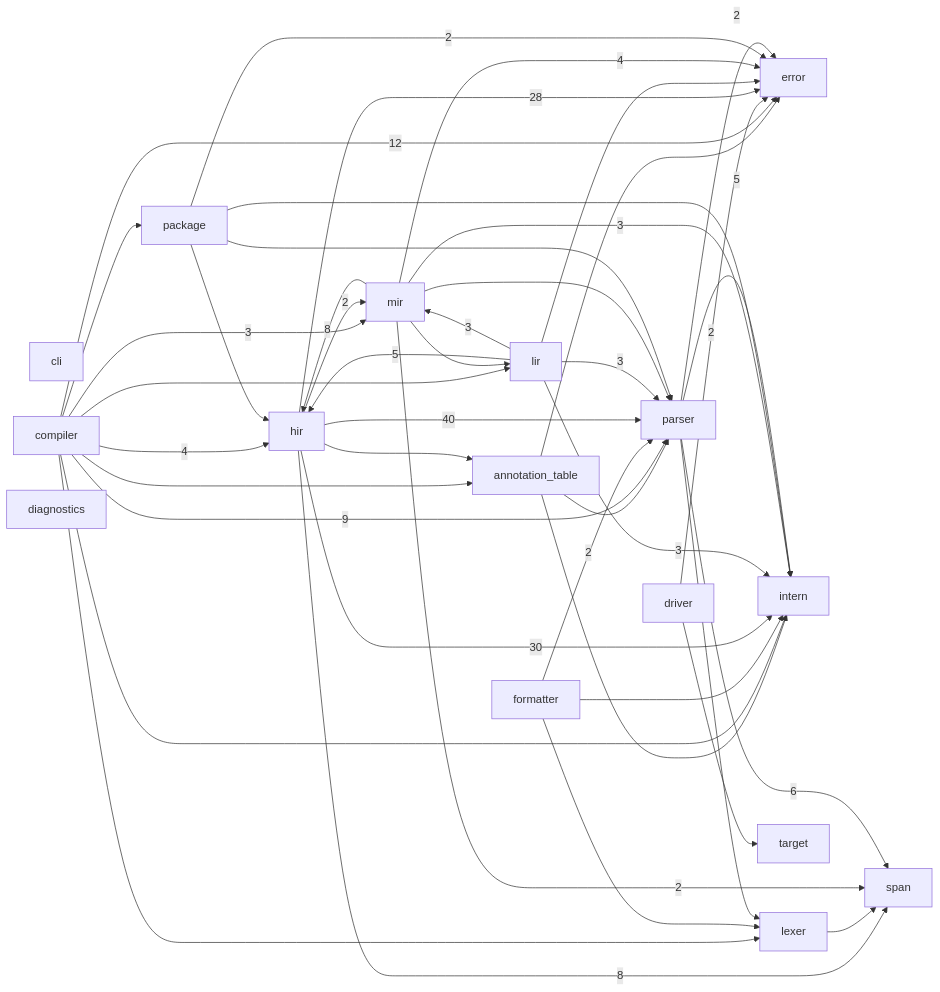
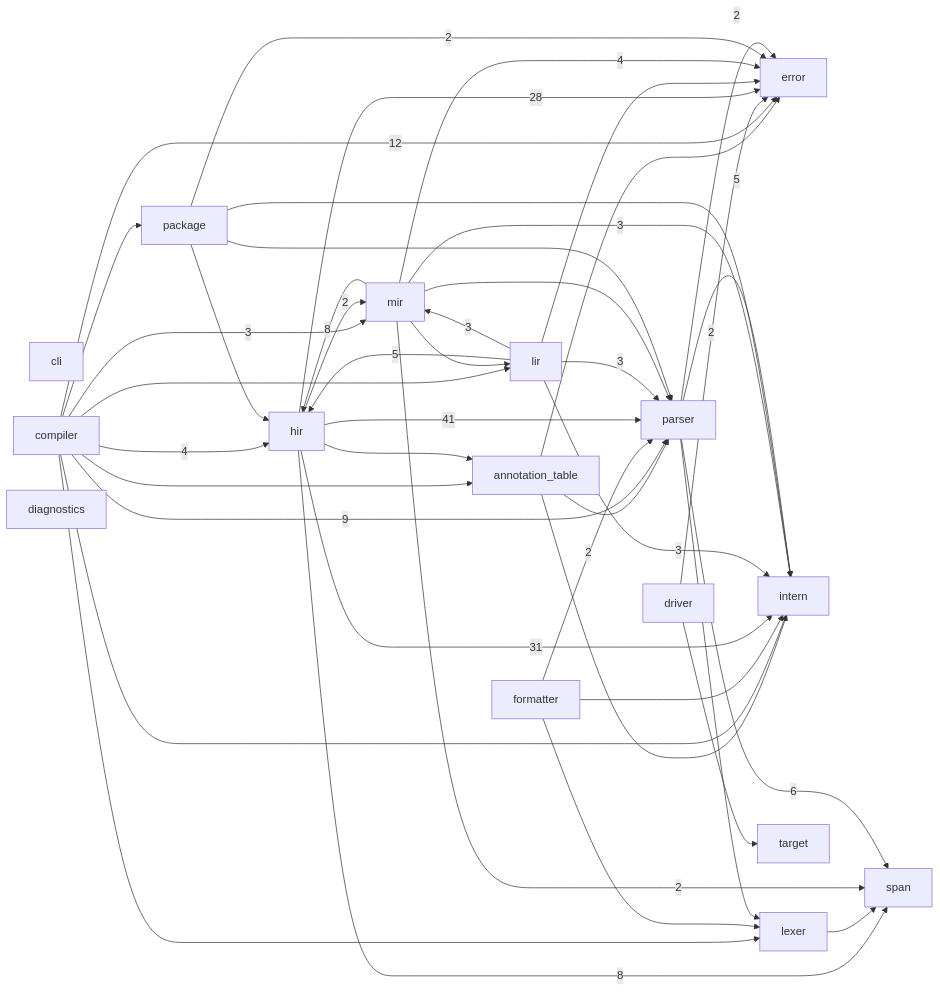
One commit to ayanami1ei/Ayanami-language changed the diagram in docs/module-graph.md. Above: the diagram before and after it, drawn with Mermaid. The commit also changed other lines of this file and 13 other files, not shown here.

````diff
--- a/docs/module-graph.md
+++ b/docs/module-graph.md
@@ -6,62 +6,62 @@
 ```mermaid
 graph LR
     annotation_table
     cli
     compiler
     diagnostics
     driver
     error
     formatter
     hir
     intern
     lexer
     lir
     mir
     package
     parser
     span
     target
     annotation_table --> error
     annotation_table --> intern
     annotation_table --> parser
     compiler --> annotation_table
     compiler -->|12| error
     compiler -->|4| hir
     compiler --> intern
     compiler --> lexer
     compiler --> lir
     compiler -->|3| mir
     compiler --> package
     compiler -->|9| parser
     driver -->|2| error
     driver --> target
     formatter --> intern
     formatter --> lexer
     formatter -->|2| parser
     hir --> annotation_table
     hir -->|28| error
-    hir -->|30| intern
+    hir -->|31| intern
     hir -->|2| mir
-    hir -->|40| parser
+    hir -->|41| parser
     hir -->|8| span
     lexer --> span
     lir --> error
     lir -->|5| hir
     lir -->|3| intern
     lir -->|3| mir
     lir -->|3| parser
     mir -->|4| error
     mir -->|8| hir
     mir -->|3| intern
     mir --> lir
     mir --> parser
     mir -->|2| span
     package -->|2| error
     package --> hir
     package --> intern
     package --> parser
     parser -->|2| error
     parser -->|5| intern
     parser --> lexer
     parser -->|6| span
 ```
````
